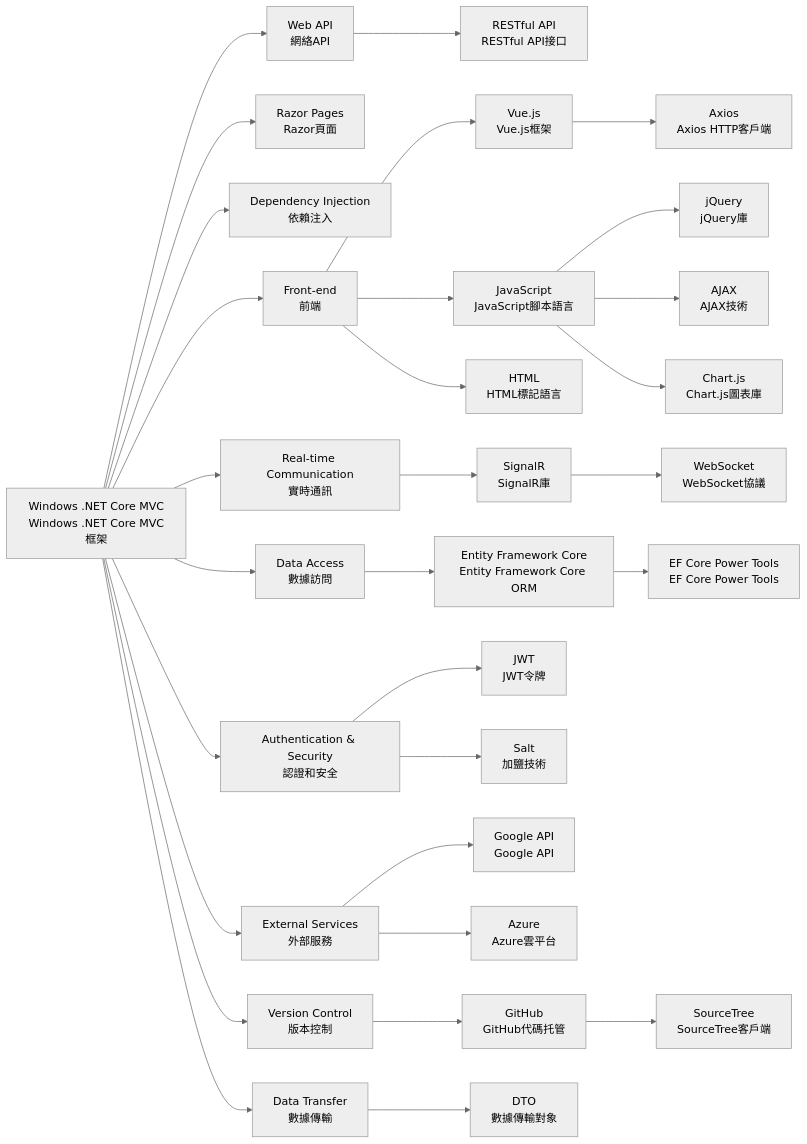
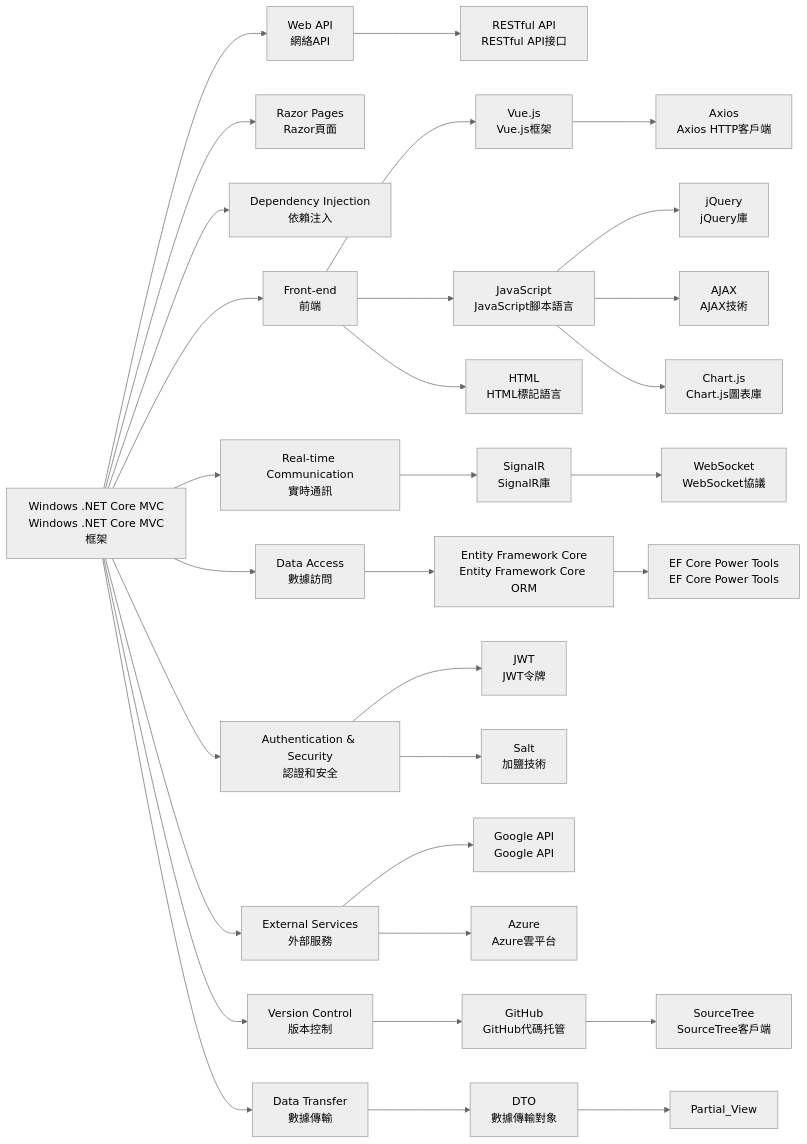
Before and after one commit to Turner-Chang/HaveFun: the diagram in HaveFunTest/tech-stack-flowchart.mermaid, drawn with Mermaid (neutral theme).

```diff
--- a/HaveFunTest/tech-stack-flowchart.mermaid
+++ b/HaveFunTest/tech-stack-flowchart.mermaid
@@ -1,38 +1,39 @@
 graph LR
     A[Windows .NET Core MVC<br>Windows .NET Core MVC框架] --> B[Web API<br>網絡API]
     A --> C[Razor Pages<br>Razor頁面]
     B --> D[RESTful API<br>RESTful API接口]
     A --> E[Dependency Injection<br>依賴注入]
     
     A --> F[Front-end<br>前端]
     F --> G[Vue.js<br>Vue.js框架]
     F --> H[JavaScript<br>JavaScript腳本語言]
     F --> I[HTML<br>HTML標記語言]
     
     G --> J[Axios<br>Axios HTTP客戶端]
     H --> K[jQuery<br>jQuery庫]
     H --> L[AJAX<br>AJAX技術]
     H --> M[Chart.js<br>Chart.js圖表庫]
     
     A --> N[Real-time Communication<br>實時通訊]
     N --> O[SignalR<br>SignalR庫]
     O --> P[WebSocket<br>WebSocket協議]
     
     A --> Q[Data Access<br>數據訪問]
     Q --> R[Entity Framework Core<br>Entity Framework Core ORM]
     R --> S[EF Core Power Tools<br>EF Core Power Tools]
     
     A --> T[Authentication & Security<br>認證和安全]
     T --> U[JWT<br>JWT令牌]
     T --> V[Salt<br>加鹽技術]
     
     A --> W[External Services<br>外部服務]
     W --> X[Google API<br>Google API]
     W --> Y[Azure<br>Azure雲平台]
     
     A --> Z[Version Control<br>版本控制]
     Z --> AA[GitHub<br>GitHub代碼托管]
     AA --> AB[SourceTree<br>SourceTree客戶端]
     
     A --> AC[Data Transfer<br>數據傳輸]
     AC --> AD[DTO<br>數據傳輸對象]
+    AD --> AE[Partial_View]
```
